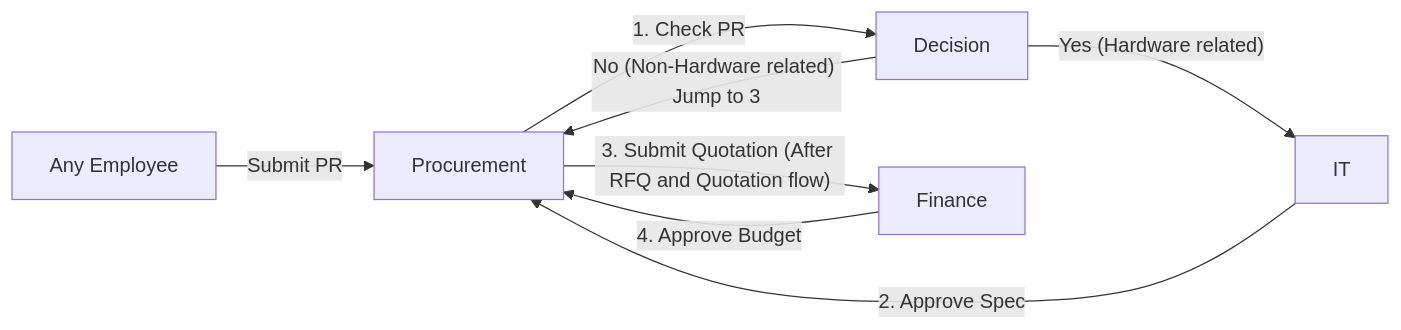
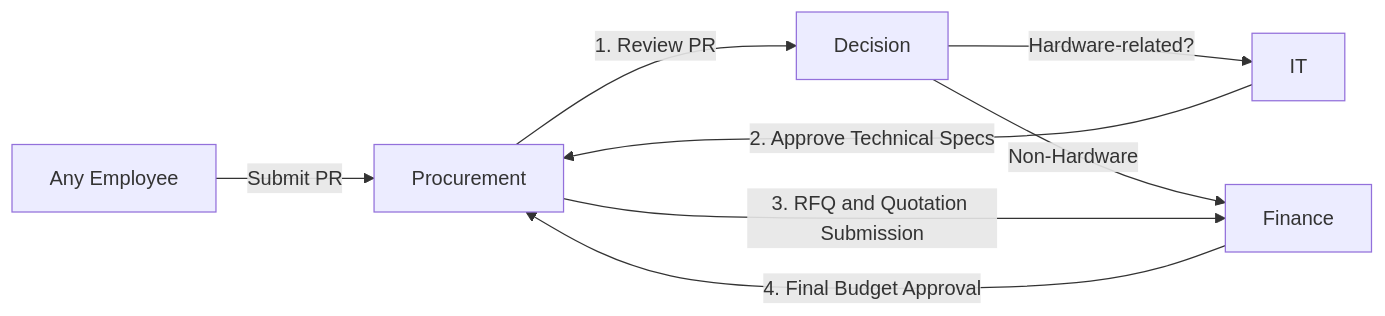
The second of 5 diagrams in README.md (IsaacTai123/procurement_ecosystem), drawn with Mermaid before and after one commit. The commit also changed other lines of this file, not shown here.

````diff
--- a/README.md
+++ b/README.md
@@ -80,12 +153,11 @@
 ```mermaid
 flowchart LR
-    Employee["Any Employee"] -->|Submit PR| Procurement
+Employee["Any Employee"] -->|Submit PR| Procurement
+Procurement -->|1. Review PR| Decision
+Decision -->|"Hardware-related?"| IT
+Decision -->|"Non-Hardware"| Finance
 
-    Procurement -->|1. Check PR| Decision
-    Decision -->|"Yes (Hardware related)"| IT
-    Decision -->|"No (Non-Hardware related) Jump to 3"| Procurement
-
-    IT -->|2. Approve Spec| Procurement
-    Procurement -->|"3. Submit Quotation (After RFQ and Quotation flow)"| Finance
-    Finance -->|4. Approve Budget| Procurement
+    IT -->|2. Approve Technical Specs| Procurement
+    Procurement -->|3. RFQ and Quotation Submission| Finance
+    Finance -->|4. Final Budget Approval| Procurement
 ```
````
